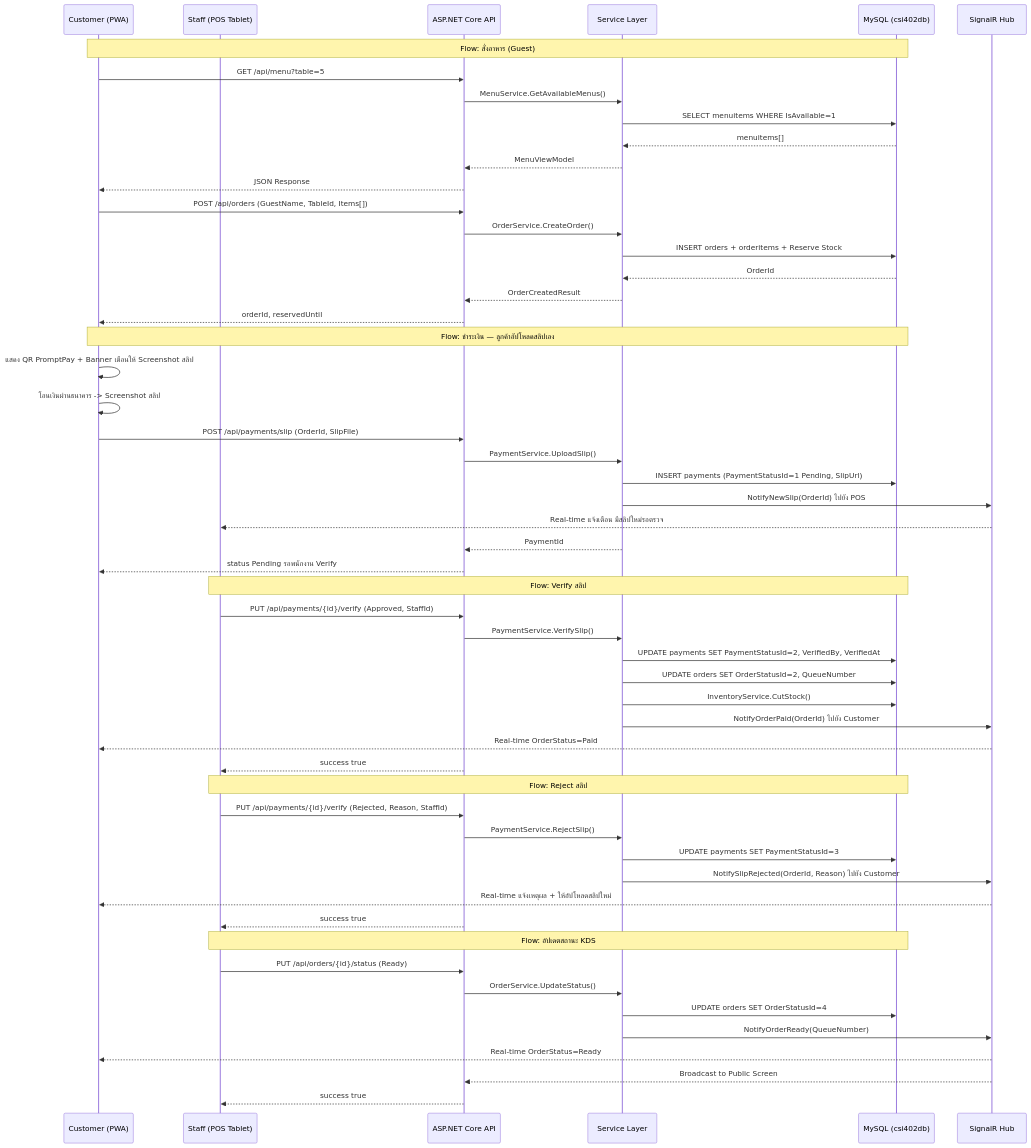
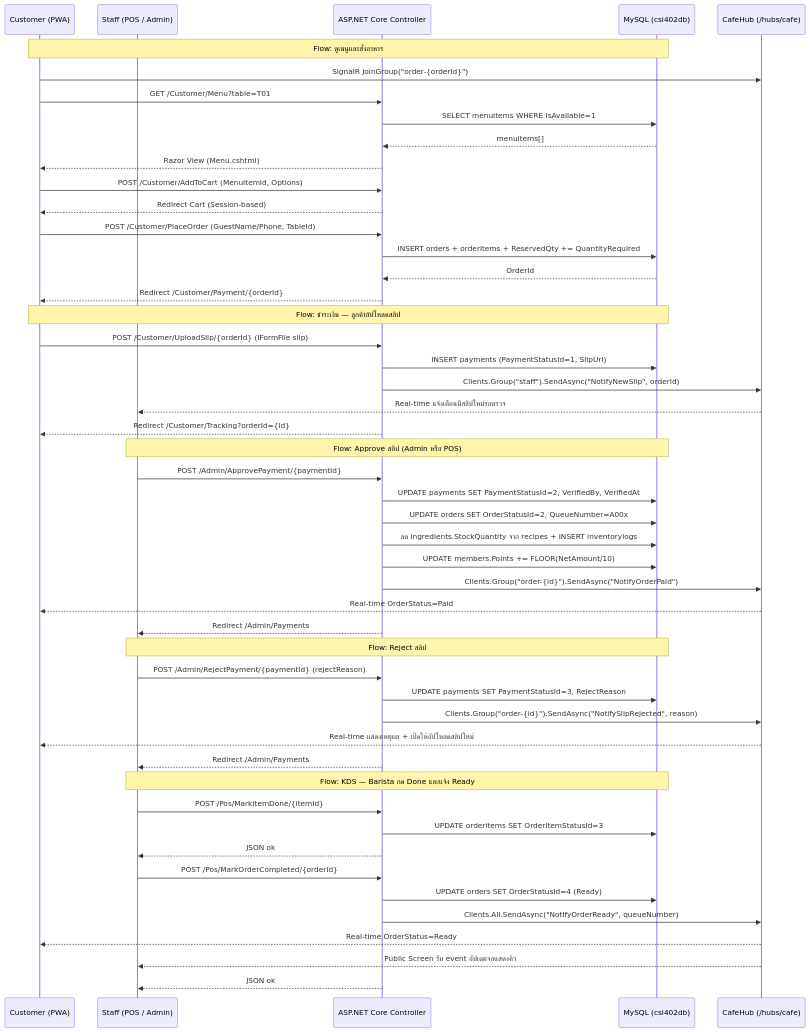
One commit to InkSpuDek66/smart-cafe-management changed the fifth of 5 diagrams in README.md. Above: the diagram before and after it, drawn with Mermaid. The commit also changed other lines of this file and 5 other files, not shown here.

````diff
--- a/README.md
+++ b/README.md
@@ -995,62 +1027,59 @@
 ```mermaid
 sequenceDiagram
     participant C as Customer (PWA)
-    participant POS as Staff (POS Tablet)
-    participant API as ASP.NET Core API
-    participant SRV as Service Layer
+    participant POS as Staff (POS / Admin)
+    participant CTRL as ASP.NET Core Controller
     participant DB as MySQL (csi402db)
-    participant HUB as SignalR Hub
+    participant HUB as CafeHub (/hubs/cafe)
 
-    Note over C,DB: Flow: สั่งอาหาร (Guest)
-    C->>API: GET /api/menu?table=5
-    API->>SRV: MenuService.GetAvailableMenus()
-    SRV->>DB: SELECT menuitems WHERE IsAvailable=1
-    DB-->>SRV: menuitems[]
-    SRV-->>API: MenuViewModel
-    API-->>C: JSON Response
+    Note over C,DB: Flow: ดูเมนูและสั่งอาหาร
+    C->>HUB: SignalR JoinGroup("order-{orderId}")
+    C->>CTRL: GET /Customer/Menu?table=T01
+    CTRL->>DB: SELECT menuitems WHERE IsAvailable=1
+    DB-->>CTRL: menuitems[]
+    CTRL-->>C: Razor View (Menu.cshtml)
 
-    C->>API: POST /api/orders (GuestName, TableId, Items[])
-    API->>SRV: OrderService.CreateOrder()
-    SRV->>DB: INSERT orders + orderitems + Reserve Stock
-    DB-->>SRV: OrderId
-    SRV-->>API: OrderCreatedResult
-    API-->>C: orderId, reservedUntil
+    C->>CTRL: POST /Customer/AddToCart (MenuItemId, Options)
+    CTRL-->>C: Redirect Cart (Session-based)
 
-    Note over C,DB: Flow: ชำระเงิน — ลูกค้าอัปโหลดสลิปเอง
-    C->>C: แสดง QR PromptPay + Banner เตือนให้ Screenshot สลิป
-    C->>C: โอนเงินผ่านธนาคาร -> Screenshot สลิป
-    C->>API: POST /api/payments/slip (OrderId, SlipFile)
-    API->>SRV: PaymentService.UploadSlip()
-    SRV->>DB: INSERT payments (PaymentStatusId=1 Pending, SlipUrl)
-    SRV->>HUB: NotifyNewSlip(OrderId) ไปยัง POS
-    HUB-->>POS: Real-time แจ้งเตือน มีสลิปใหม่รอตรวจ
-    SRV-->>API: PaymentId
-    API-->>C: status Pending รอพนักงาน Verify
+    C->>CTRL: POST /Customer/PlaceOrder (GuestName/Phone, TableId)
+    CTRL->>DB: INSERT orders + orderitems + ReservedQty += QuantityRequired
+    DB-->>CTRL: OrderId
+    CTRL-->>C: Redirect /Customer/Payment/{orderId}
 
-    Note over POS,DB: Flow: Verify สลิป
-    POS->>API: PUT /api/payments/{id}/verify (Approved, StaffId)
-    API->>SRV: PaymentService.VerifySlip()
-    SRV->>DB: UPDATE payments SET PaymentStatusId=2, VerifiedBy, VerifiedAt
-    SRV->>DB: UPDATE orders SET OrderStatusId=2, QueueNumber
-    SRV->>DB: InventoryService.CutStock()
-    SRV->>HUB: NotifyOrderPaid(OrderId) ไปยัง Customer
+    Note over C,DB: Flow: ชำระเงิน — ลูกค้าอัปโหลดสลิป
+    C->>CTRL: POST /Customer/UploadSlip/{orderId} (IFormFile slip)
+    CTRL->>DB: INSERT payments (PaymentStatusId=1, SlipUrl)
+    CTRL->>HUB: Clients.Group("staff").SendAsync("NotifyNewSlip", orderId)
+    HUB-->>POS: Real-time แจ้งเตือนมีสลิปใหม่รอตรวจ
+    CTRL-->>C: Redirect /Customer/Tracking?orderId={id}
+
+    Note over POS,DB: Flow: Approve สลิป (Admin หรือ POS)
+    POS->>CTRL: POST /Admin/ApprovePayment/{paymentId}
+    CTRL->>DB: UPDATE payments SET PaymentStatusId=2, VerifiedBy, VerifiedAt
+    CTRL->>DB: UPDATE orders SET OrderStatusId=2, QueueNumber=A00x
+    CTRL->>DB: ลด ingredients.StockQuantity จาก recipes + INSERT inventorylogs
+    CTRL->>DB: UPDATE members.Points += FLOOR(NetAmount/10)
+    CTRL->>HUB: Clients.Group("order-{id}").SendAsync("NotifyOrderPaid")
     HUB-->>C: Real-time OrderStatus=Paid
-    API-->>POS: success true
+    CTRL-->>POS: Redirect /Admin/Payments
 
     Note over POS,DB: Flow: Reject สลิป
-    POS->>API: PUT /api/payments/{id}/verify (Rejected, Reason, StaffId)
-    API->>SRV: PaymentService.RejectSlip()
-    SRV->>DB: UPDATE payments SET PaymentStatusId=3
-    SRV->>HUB: NotifySlipRejected(OrderId, Reason) ไปยัง Customer
-    HUB-->>C: Real-time แจ้งเหตุผล + ให้อัปโหลดสลิปใหม่
-    API-->>POS: success true
+    POS->>CTRL: POST /Admin/RejectPayment/{paymentId} (rejectReason)
+    CTRL->>DB: UPDATE payments SET PaymentStatusId=3, RejectReason
+    CTRL->>HUB: Clients.Group("order-{id}").SendAsync("NotifySlipRejected", reason)
+    HUB-->>C: Real-time แสดงเหตุผล + เปิดให้อัปโหลดสลิปใหม่
+    CTRL-->>POS: Redirect /Admin/Payments
 
-    Note over POS,DB: Flow: อัปเดตสถานะ KDS
-    POS->>API: PUT /api/orders/{id}/status (Ready)
-    API->>SRV: OrderService.UpdateStatus()
-    SRV->>DB: UPDATE orders SET OrderStatusId=4
-    SRV->>HUB: NotifyOrderReady(QueueNumber)
+    Note over POS,DB: Flow: KDS — Barista กด Done และแจ้ง Ready
+    POS->>CTRL: POST /Pos/MarkItemDone/{itemId}
+    CTRL->>DB: UPDATE orderitems SET OrderItemStatusId=3
+    CTRL-->>POS: JSON ok
+
+    POS->>CTRL: POST /Pos/MarkOrderCompleted/{orderId}
+    CTRL->>DB: UPDATE orders SET OrderStatusId=4 (Ready)
+    CTRL->>HUB: Clients.All.SendAsync("NotifyOrderReady", queueNumber)
     HUB-->>C: Real-time OrderStatus=Ready
-    HUB-->>API: Broadcast to Public Screen
-    API-->>POS: success true
+    HUB-->>POS: Public Screen รับ event อัปเดตจอแสดงคิว
+    CTRL-->>POS: JSON ok
 ```
````
